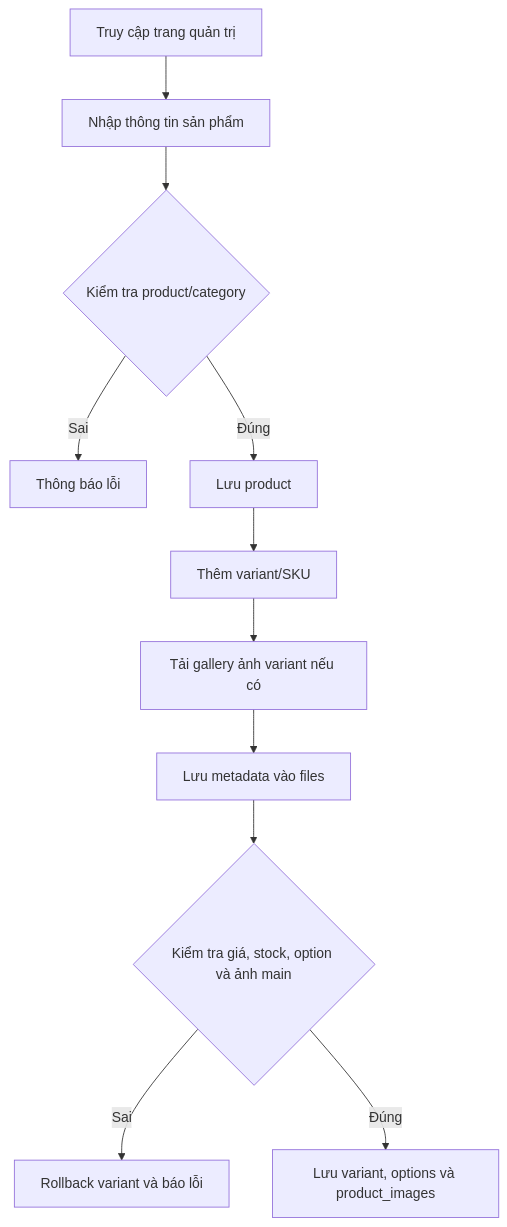
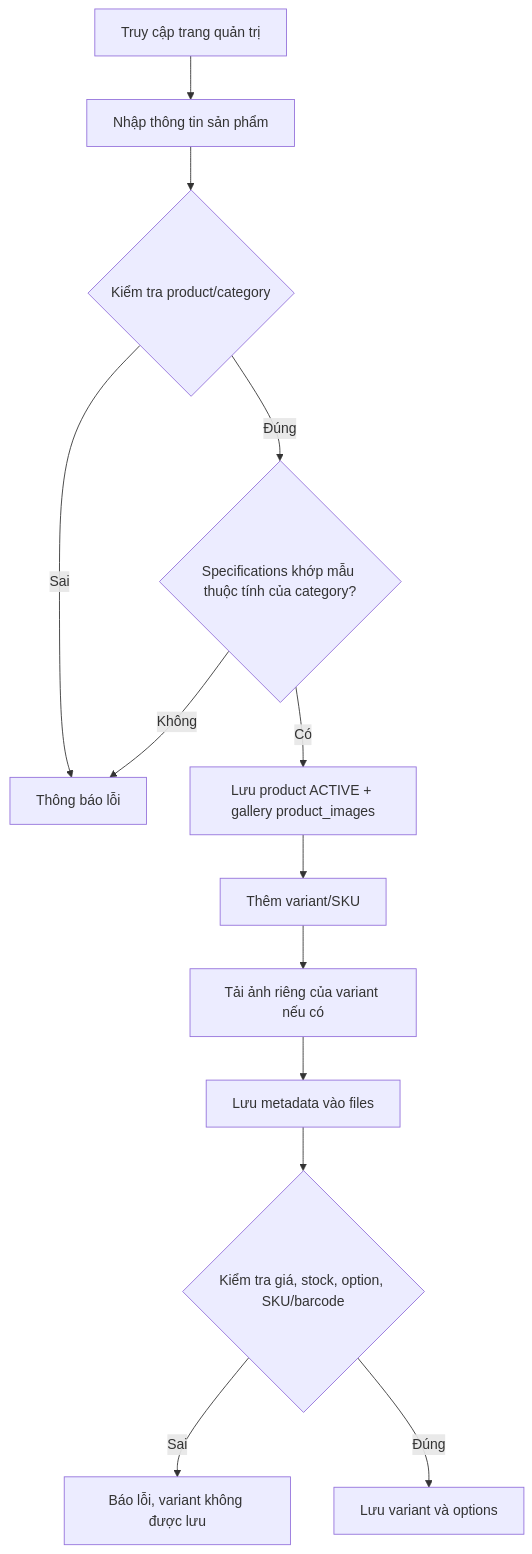
The diagram in 01-business/workflows/product-creation-flow.md (pc-shopping-assistant-org/docs), drawn with Mermaid before and after one commit. The commit also changed other lines of this file and 76 other files, not shown here.

````diff
--- a/01-business/workflows/product-creation-flow.md
+++ b/01-business/workflows/product-creation-flow.md
@@ -5,13 +5,15 @@
 ```mermaid
 flowchart TD
     A[Truy cập trang quản trị] --> B[Nhập thông tin sản phẩm]
     B --> C{Kiểm tra product/category}
     C -- Sai --> D[Thông báo lỗi]
-    C -- Đúng --> E[Lưu product]
+    C -- Đúng --> L{Specifications khớp mẫu thuộc tính của category?}
+    L -- Không --> D
+    L -- Có --> E[Lưu product ACTIVE + gallery product_images]
     E --> F[Thêm variant/SKU]
-    F --> G[Tải gallery ảnh variant nếu có]
+    F --> G[Tải ảnh riêng của variant nếu có]
     G --> H[Lưu metadata vào files]
-    H --> I{Kiểm tra giá, stock, option và ảnh main}
-    I -- Sai --> J[Rollback variant và báo lỗi]
-    I -- Đúng --> K[Lưu variant, options và product_images]
+    H --> I{Kiểm tra giá, stock, option, SKU/barcode}
+    I -- Sai --> J[Báo lỗi, variant không được lưu]
+    I -- Đúng --> K[Lưu variant và options]
 ```
````
